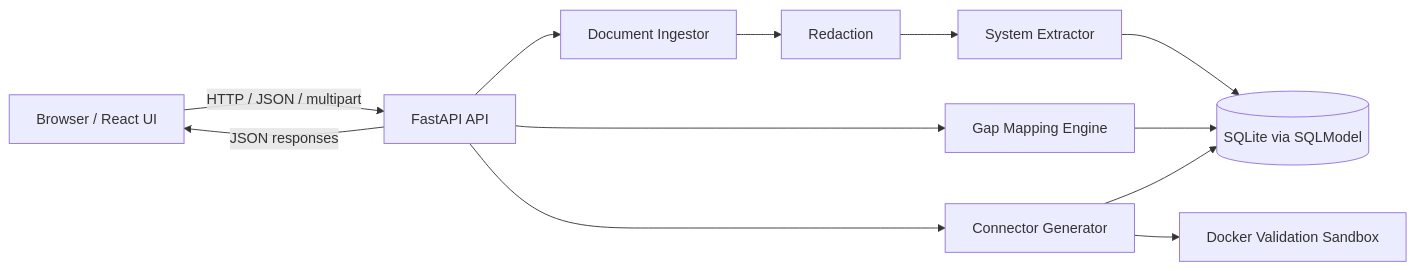
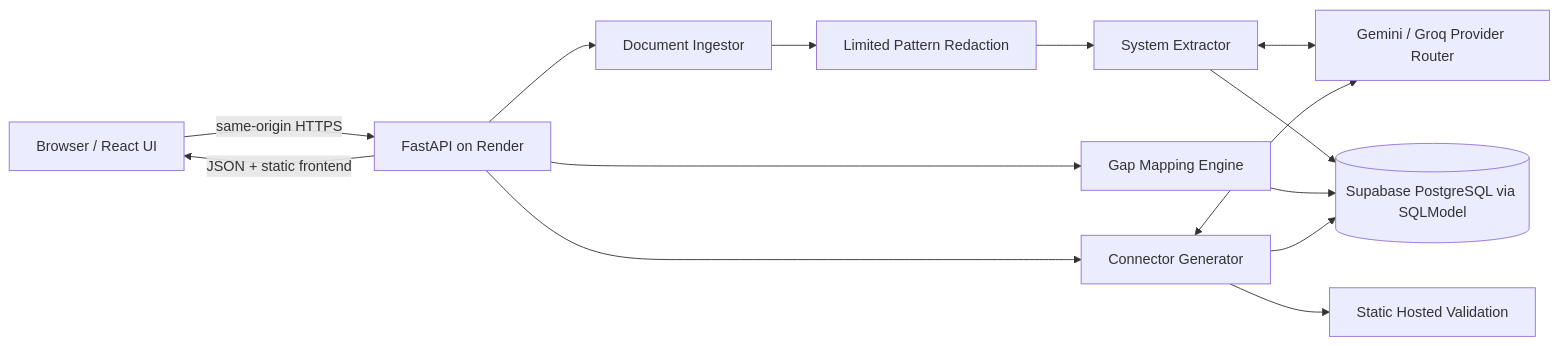
One commit to mathanvasagam/Discovery_agent changed the first of 4 diagrams in docs/TECHNICAL_GUIDE.md. Above: the diagram before and after it, drawn with Mermaid. The commit also changed other lines of this file and 4 other files, not shown here.

````diff
--- a/docs/TECHNICAL_GUIDE.md
+++ b/docs/TECHNICAL_GUIDE.md
@@ -29,24 +29,27 @@
 ```mermaid
 flowchart LR
     U[Browser / React UI]
-    A[FastAPI API]
+    A[FastAPI on Render]
     I[Document Ingestor]
-    R[Redaction]
+    R[Limited Pattern Redaction]
     E[System Extractor]
-    DB[(SQLite via SQLModel)]
+    PR[Gemini / Groq Provider Router]
+    DB[(Supabase PostgreSQL via SQLModel)]
     M[Gap Mapping Engine]
     G[Connector Generator]
-    S[Docker Validation Sandbox]
+    S[Static Hosted Validation]
 
-    U -->|HTTP / JSON / multipart| A
+    U -->|same-origin HTTPS| A
     A --> I
     I --> R
     R --> E
+    E <--> PR
     E --> DB
     A --> M
     M --> DB
     A --> G
+    G <--> PR
     G --> S
     G --> DB
-    A -->|JSON responses| U
+    A -->|JSON + static frontend| U
 ```
````
